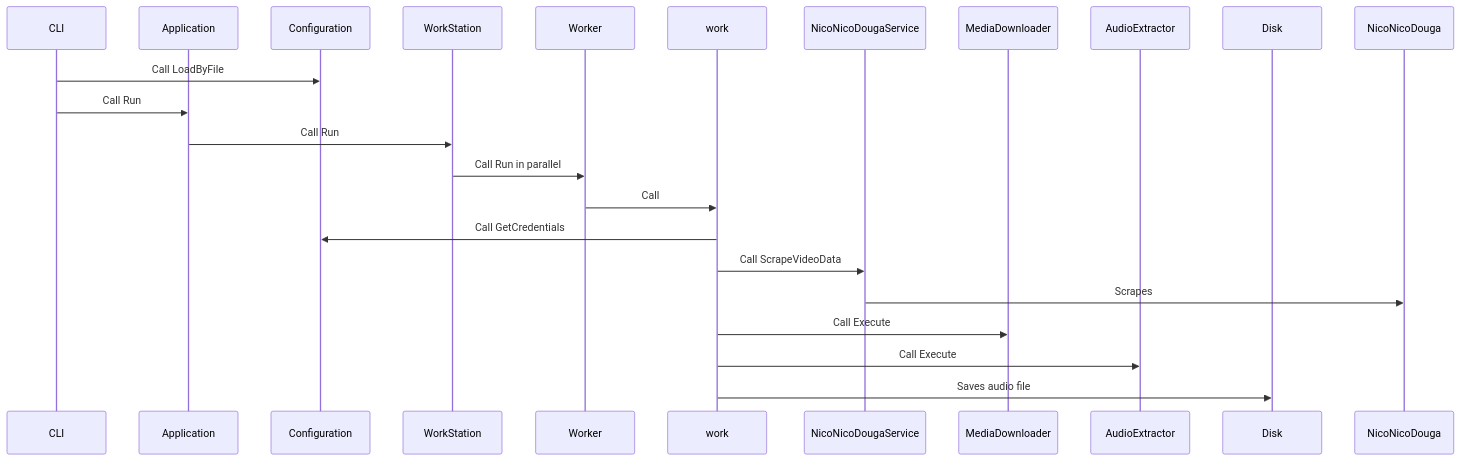
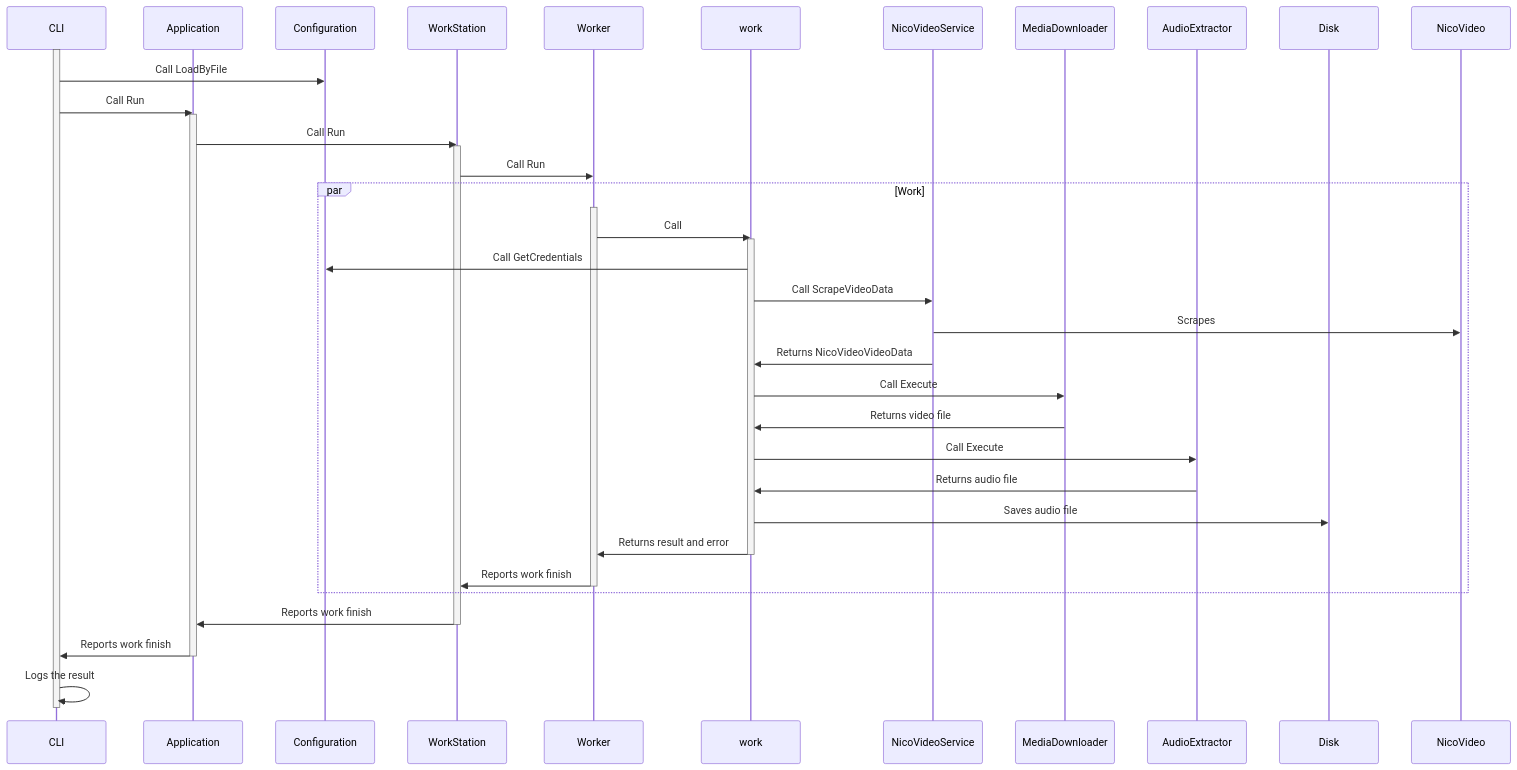
One commit to eiji03aero/niconico-scraper changed the diagram in docs/features/audioscraper/audio-scraper-execution-flow.mmd. Above: the diagram before and after it, drawn with Mermaid. The commit also changed 5 other files, not shown here.

Commit message:
refine diagrams

```diff
--- a/docs/features/audioscraper/audio-scraper-execution-flow.mmd
+++ b/docs/features/audioscraper/audio-scraper-execution-flow.mmd
@@ -1,28 +1,50 @@
 sequenceDiagram
+    %% models
     participant CLI
     participant App as Application
     participant Config as Configuration
     participant WS as WorkStation
     participant Wr as Worker
     participant w as work
-    participant ncncsvc as NicoNicoDougaService
+    participant ncsvc as NicoVideoService
     participant MD as MediaDownloader
     participant AE as AudioExtractor
     %% external
     participant D as Disk
-    participant ncnc as NicoNicoDouga
+    participant ncvd as NicoVideo
 
+    %% ---------- Execution flow ----------
     %% Initialization by adapter
+    activate CLI
     CLI->>Config: Call LoadByFile
     CLI->>App: Call Run
 
     %% Application flow
+    activate App
     App->>WS: Call Run
-    WS->>Wr: Call Run in parallel
-    Wr->>w: Call
-    w->>Config: Call GetCredentials
-    w->>ncncsvc: Call ScrapeVideoData
-    ncncsvc->>ncnc: Scrapes
-    w->>MD: Call Execute
-    w->>AE: Call Execute
-    w->>D: Saves audio file
+    activate WS
+    WS->>Wr: Call Run
+    par Work
+        activate Wr
+        Wr->>w: Call
+        activate w
+        w->>Config: Call GetCredentials
+        w->>ncsvc: Call ScrapeVideoData
+        ncsvc->>ncvd: Scrapes
+        ncsvc->>w: Returns NicoVideoVideoData
+        w->>MD: Call Execute
+        MD->>w: Returns video file
+        w->>AE: Call Execute
+        AE->>w: Returns audio file
+        w->>D: Saves audio file
+        w->>Wr: Returns result and error
+        deactivate w
+        Wr->>WS: Reports work finish
+        deactivate Wr
+    end
+    WS->>App: Reports work finish
+    deactivate WS
+    App->>CLI: Reports work finish
+    deactivate App
+    CLI->>CLI: Logs the result
+    deactivate CLI
```
